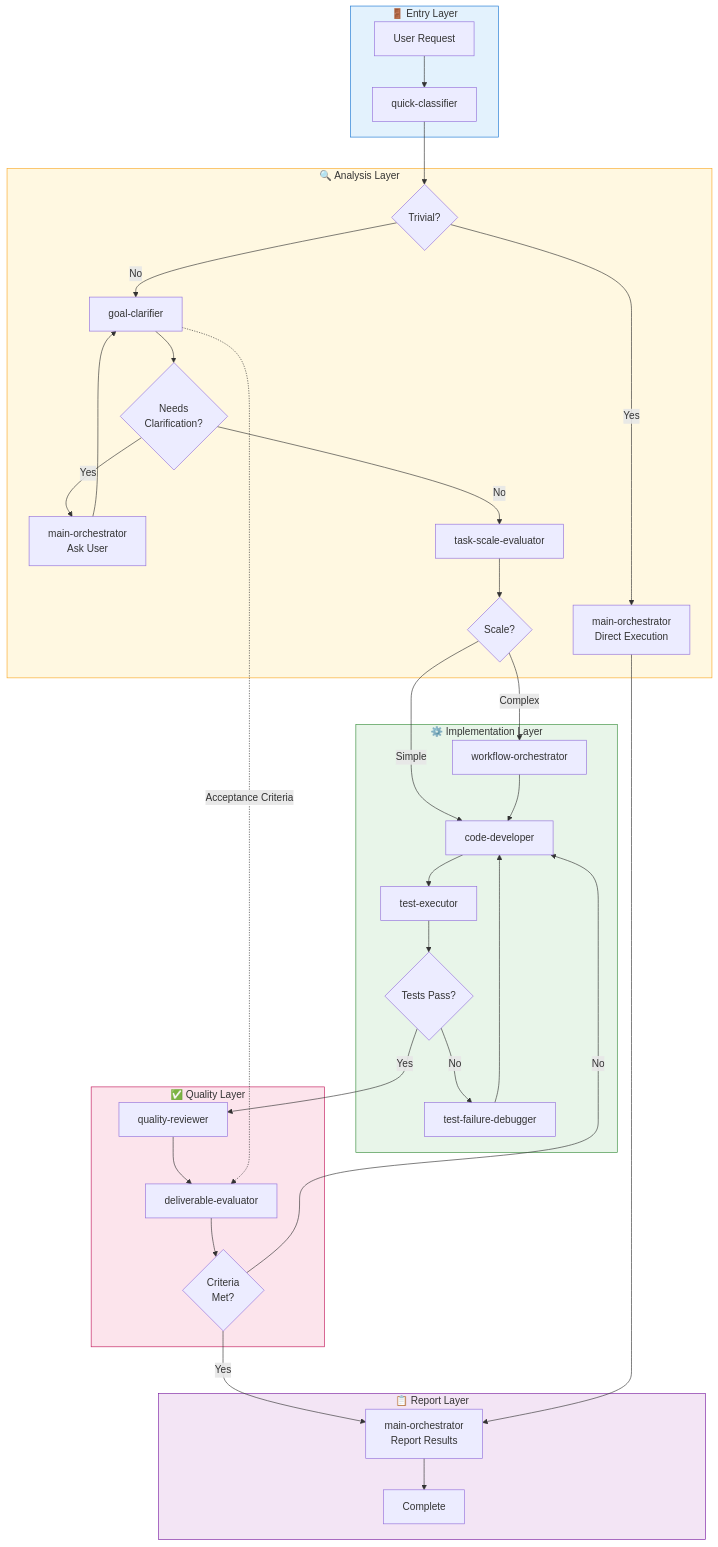
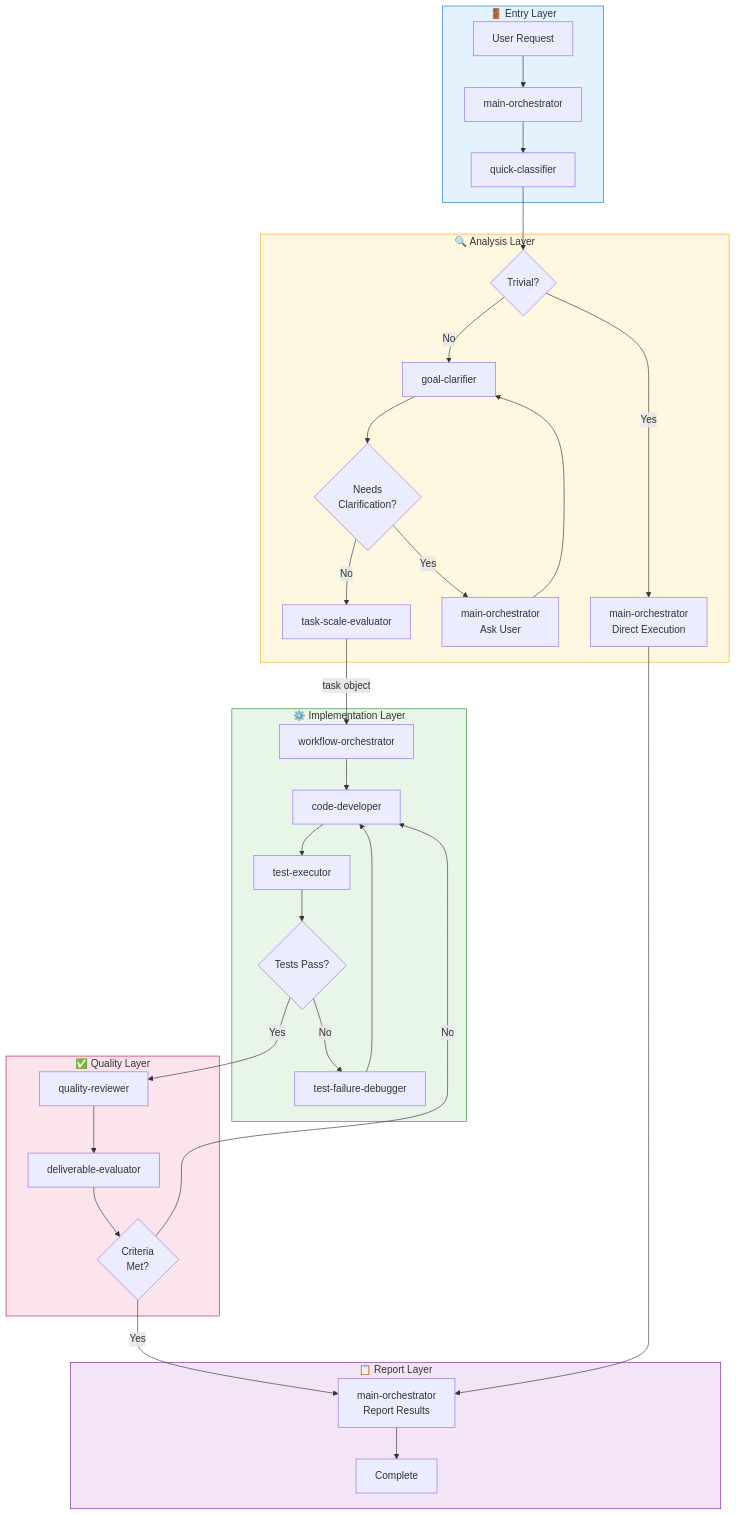
One commit to masanao-ohba/claude-manifests changed the diagram in README.md. Above: the diagram before and after it, drawn with Mermaid. The commit also changed other lines of this file and 10 other files, not shown here.

````diff
--- a/README.md
+++ b/README.md
@@ -172,48 +187,45 @@
 ```mermaid
 flowchart TD
     subgraph Entry["🚪 Entry Layer"]
-        A[User Request] --> B[quick-classifier]
+        A[User Request] --> B0[main-orchestrator]
+        B0 --> B[quick-classifier]
     end
 
     subgraph Analysis["🔍 Analysis Layer"]
         B --> C{Trivial?}
         C -->|Yes| D[main-orchestrator<br/>Direct Execution]
         C -->|No| G[goal-clarifier]
         G --> H{Needs<br/>Clarification?}
         H -->|Yes| I[main-orchestrator<br/>Ask User]
         I --> G
         H -->|No| J[task-scale-evaluator]
-        J --> K{Scale?}
     end
 
     subgraph Implementation["⚙️ Implementation Layer"]
-        K -->|Complex| M[workflow-orchestrator]
-        K -->|Simple| L[code-developer]
-        M --> L
+        J -->|task object| M[workflow-orchestrator]
+        M --> L[code-developer]
         L --> N[test-executor]
         N --> O{Tests Pass?}
         O -->|No| P[test-failure-debugger]
         P --> L
     end
 
     subgraph Quality["✅ Quality Layer"]
         O -->|Yes| Q[quality-reviewer]
         Q --> R[deliverable-evaluator]
         R --> S{Criteria<br/>Met?}
         S -->|No| L
     end
 
-    G -.->|Acceptance Criteria| R
-
     subgraph Report["📋 Report Layer"]
         S -->|Yes| T[main-orchestrator<br/>Report Results]
         D --> T
         T --> U[Complete]
     end
 
     style Entry fill:#e3f2fd,stroke:#1976d2
     style Analysis fill:#fff8e1,stroke:#f9a825
     style Implementation fill:#e8f5e9,stroke:#388e3c
     style Quality fill:#fce4ec,stroke:#c2185b
     style Report fill:#f3e5f5,stroke:#7b1fa2
 ```
````
